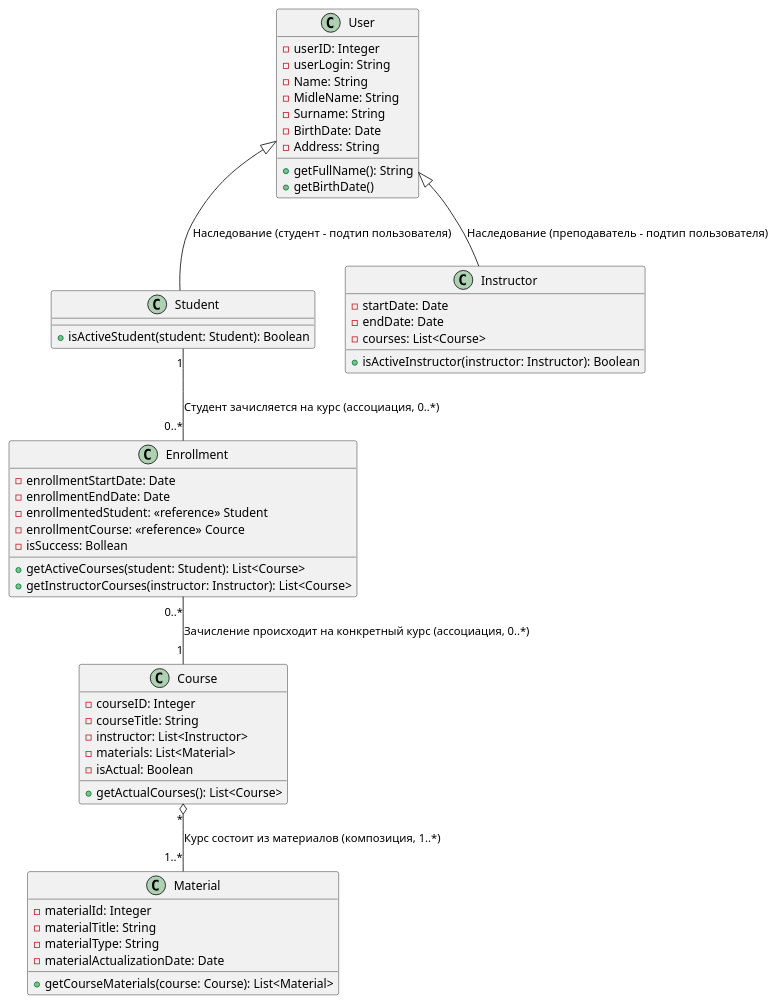
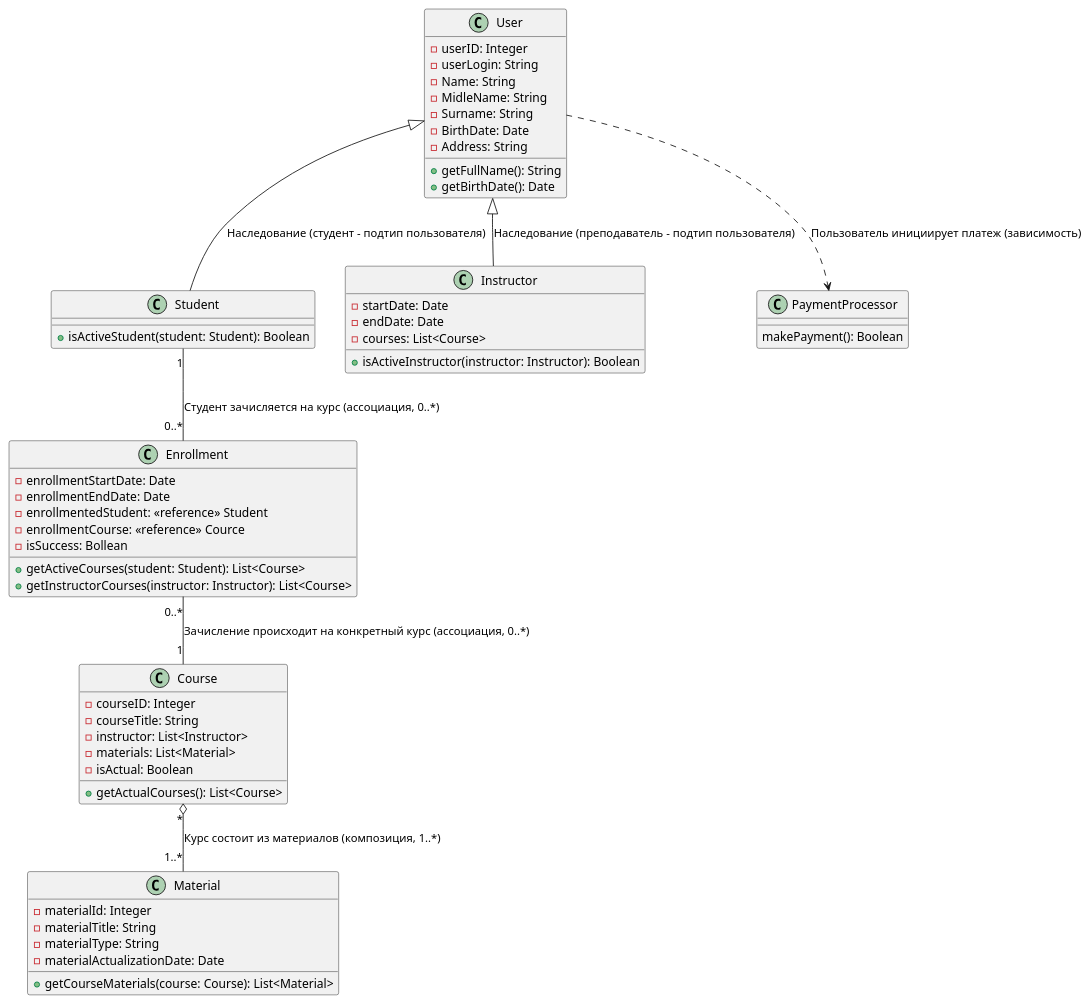
One commit to alex-s-pavlov/uml changed the diagram in lesson_6/class_diagram.wsd. Above: the diagram before and after it, drawn with PlantUML.

Commit message:
Add payment class

```diff
--- a/lesson_6/class_diagram.wsd
+++ b/lesson_6/class_diagram.wsd
@@ -1,60 +1,64 @@
 @startuml Class diagram
 
 class User {
     -userID: Integer
     -userLogin: String
     -Name: String
     -MidleName: String
     -Surname: String
     -BirthDate: Date
     -Address: String
     +getFullName(): String
-    +getBirthDate()   
+    +getBirthDate(): Date
 }
 
 class Student{
     +isActiveStudent(student: Student): Boolean
 }
 
 class Instructor{
     -startDate: Date
     -endDate: Date
     -courses: List<Course>
     +isActiveInstructor(instructor: Instructor): Boolean
 }
 
 class Course{
     -courseID: Integer
     -courseTitle: String
     -instructor: List<Instructor>
     -materials: List<Material>
     -isActual: Boolean
     +getActualCourses(): List<Course>
 }
 
 class Enrollment{
     -enrollmentStartDate: Date
     -enrollmentEndDate: Date
-    -enrollmentedStudent: <<reference>> Student 
+    -enrollmentedStudent: <<reference>> Student
     -enrollmentCourse: <<reference>> Cource
     -isSuccess: Bollean
     +getActiveCourses(student: Student): List<Course>
     +getInstructorCourses(instructor: Instructor): List<Course>
 }
 
 class Material{
     -materialId: Integer
     -materialTitle: String
     -materialType: String
     -materialActualizationDate: Date
     +getCourseMaterials(course: Course): List<Material>
 }
 
+class PaymentProcessor{
+    makePayment(): Boolean
+}
+
 User <|-- Student: Наследование (студент - подтип пользователя)
 User <|-- Instructor: Наследование (преподаватель - подтип пользователя)
 Student "1" -- "0..*" Enrollment: Студент зачисляется на курс (ассоциация, 0..*)
 Enrollment "0..*" -- "1" Course: Зачисление происходит на конкретный курс (ассоциация, 0..*)
 Course "*" o-- "1..*" Material: Курс состоит из материалов (композиция, 1..*)
-
+User ..> PaymentProcessor: Пользователь инициирует платеж (зависимость)
 
 @enduml
```
